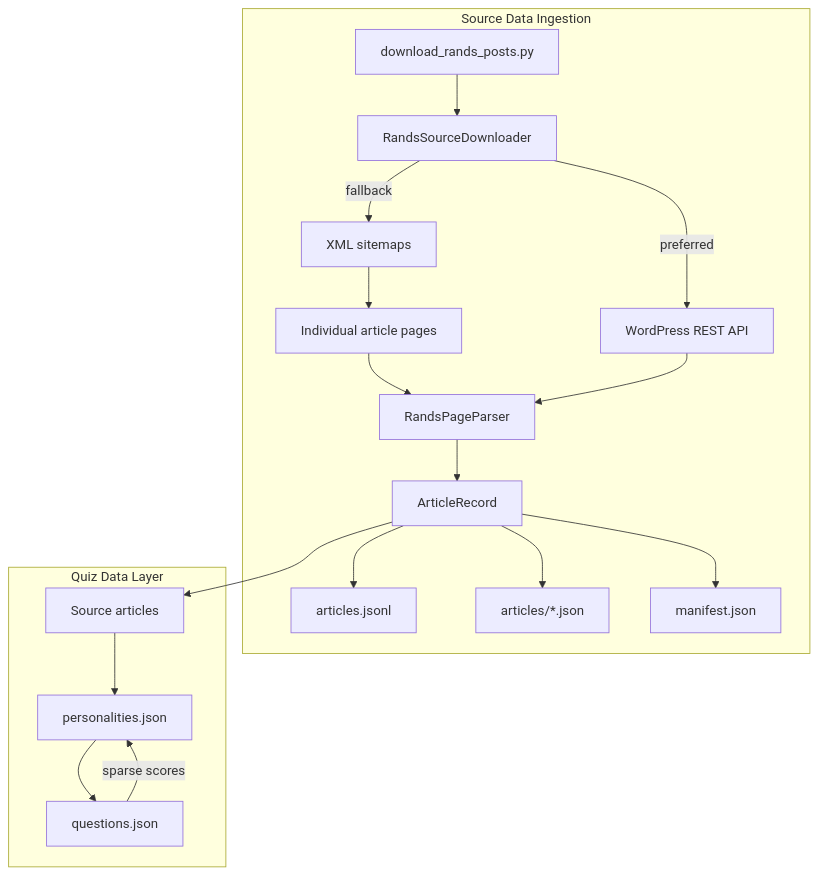
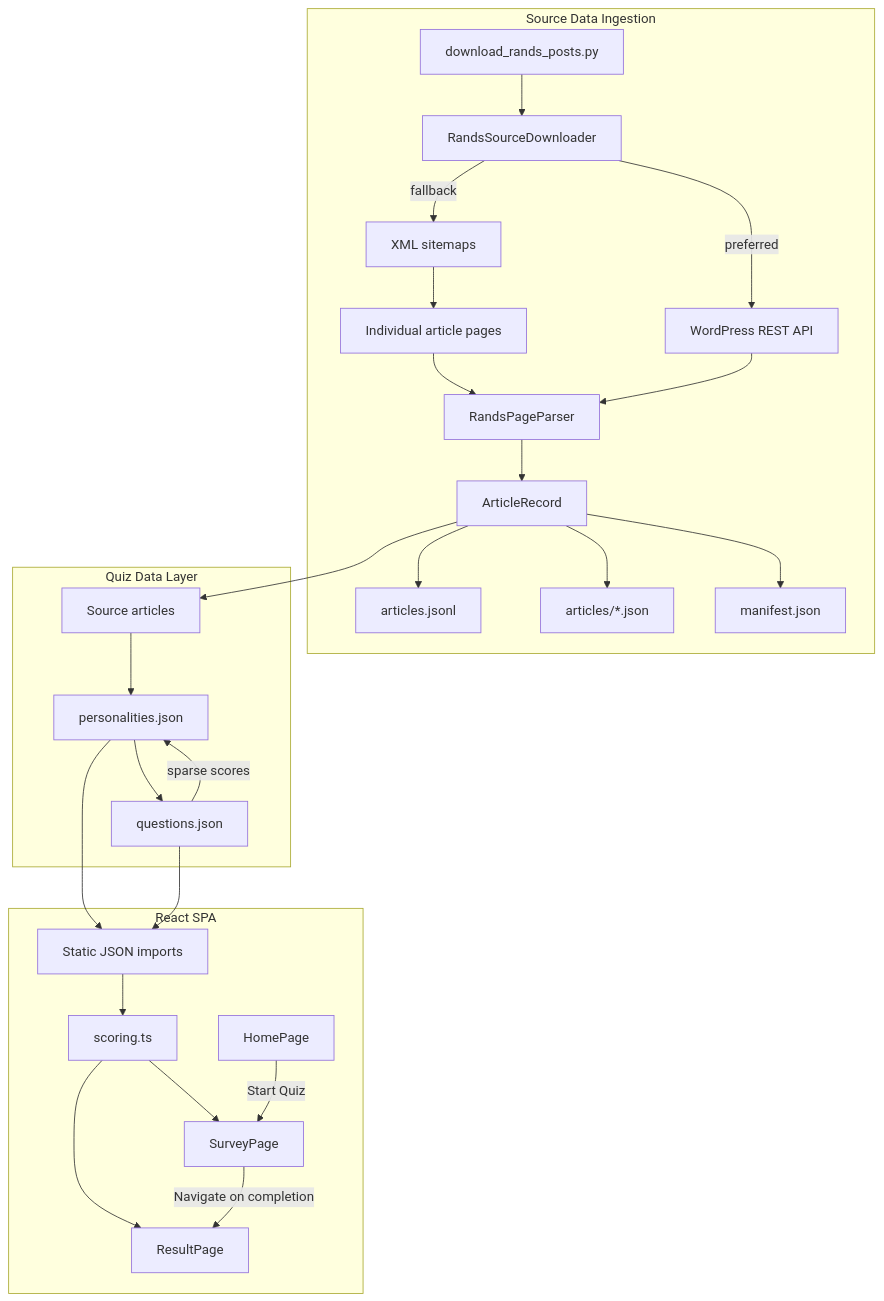
One commit to johnpfeiffer/rands-personality-game changed the first of 2 diagrams in docs/architecture.md. Above: the diagram before and after it, drawn with Mermaid. The commit also changed other lines of this file and 29 other files, not shown here.

````diff
--- a/docs/architecture.md
+++ b/docs/architecture.md
@@ -12,23 +13,33 @@
 ```mermaid
 flowchart TD
     subgraph v1 [Source Data Ingestion]
         CLI[download_rands_posts.py] --> Downloader[RandsSourceDownloader]
         Downloader -->|preferred| WPAPI[WordPress REST API]
         Downloader -->|fallback| Sitemap[XML sitemaps]
         Sitemap --> Pages[Individual article pages]
         Pages --> Parser[RandsPageParser]
         WPAPI --> Parser
         Parser --> Model[ArticleRecord]
         Model --> JSONL[articles.jsonl]
         Model --> JSONFiles[articles/*.json]
         Model --> Manifest[manifest.json]
     end
 
     subgraph v2 [Quiz Data Layer]
         Articles[Source articles] --> Personalities[personalities.json]
         Personalities --> Questions[questions.json]
         Questions -->|sparse scores| Personalities
     end
 
+    subgraph v3 [React SPA]
+        DataImport[Static JSON imports] --> ScoringModel[scoring.ts]
+        ScoringModel --> SurveyView[SurveyPage]
+        ScoringModel --> ResultView[ResultPage]
+        HomeView[HomePage] -->|Start Quiz| SurveyView
+        SurveyView -->|Navigate on completion| ResultView
+    end
+
     Model --> Articles
+    Personalities --> DataImport
+    Questions --> DataImport
 ```
````
